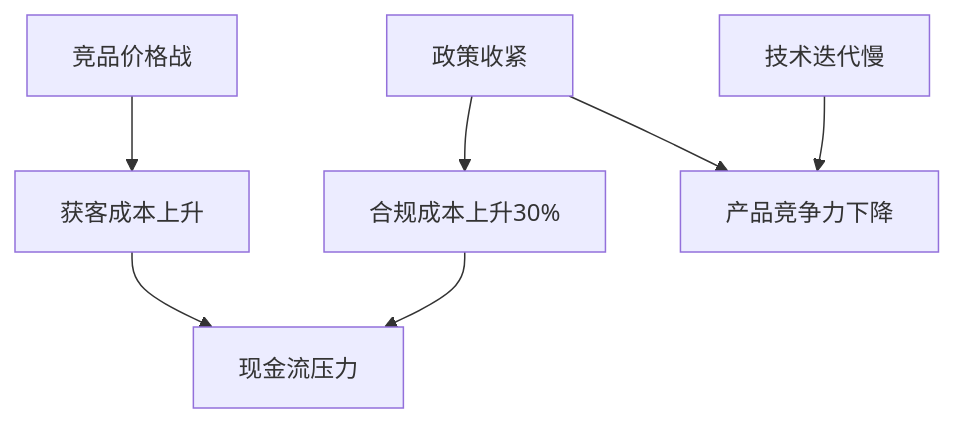
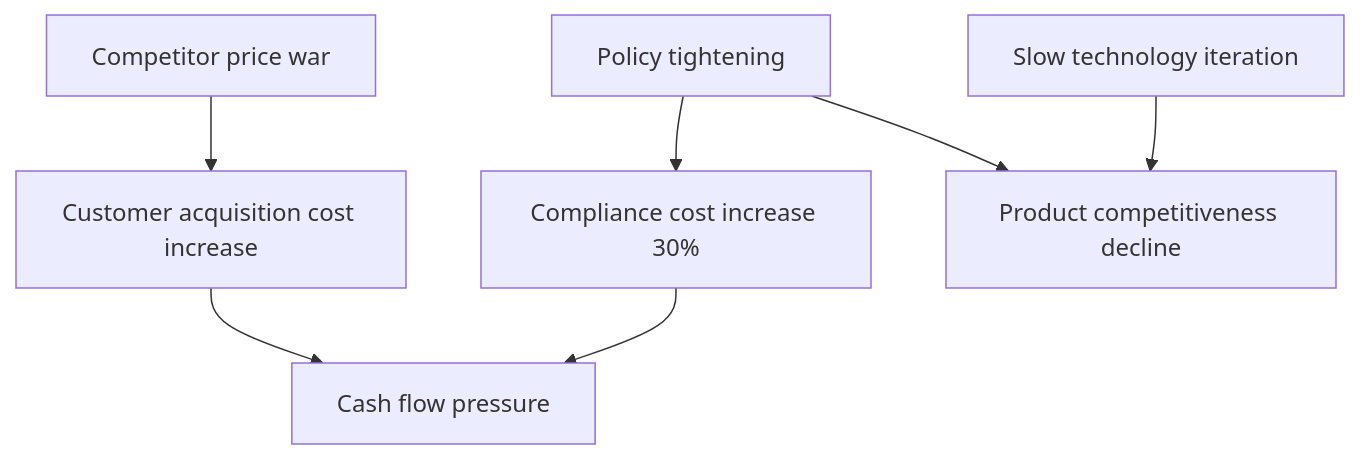
Before and after one commit to Kirky-X/cangjie: the second of 2 diagrams in templates/产品/战略层/【模板】市场调研报告.md, drawn with Mermaid. The commit also changed other lines of this file and 46 other files, not shown here.

````diff
--- a/templates/产品/战略层/【模板】市场调研报告.md
+++ b/templates/产品/战略层/【模板】市场调研报告.md
@@ -639,9 +639,9 @@
 ```mermaid
 flowchart TD
-    R1[政策收紧] --> I1[合规成本上升30%]
-    R2[竞品价格战] --> I2[获客成本上升]
-    R3[技术迭代慢] --> I3[产品竞争力下降]
+    R1[Policy tightening] --> I1[Compliance cost increase 30%]
+    R2[Competitor price war] --> I2[Customer acquisition cost increase]
+    R3[Slow technology iteration] --> I3[Product competitiveness decline]
     R1 --> I3
-    I1 --> I4[现金流压力]
+    I1 --> I4[Cash flow pressure]
     I2 --> I4
 ```
````
